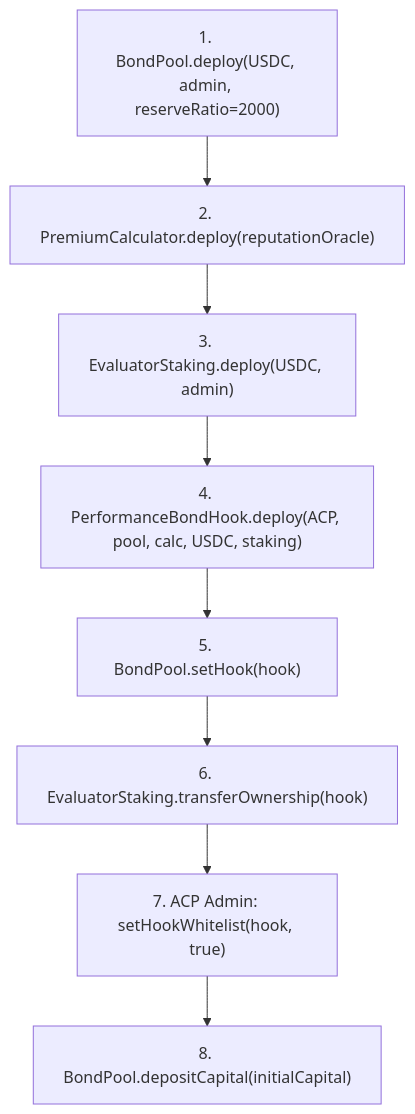
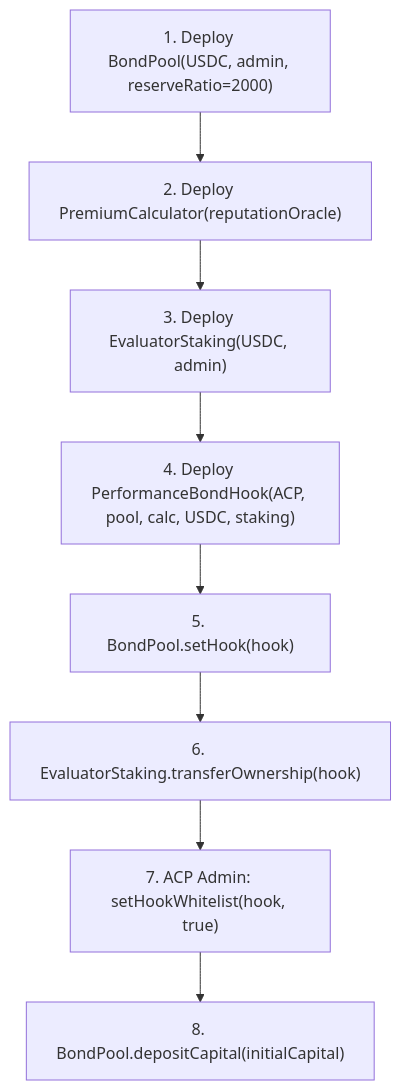
One commit to oxyuns/agent-insurance changed the fifth of 5 diagrams in README.md. Above: the diagram before and after it, drawn with Mermaid. The commit also changed other lines of this file, not shown here.

````diff
--- a/README.md
+++ b/README.md
@@ -205,13 +195,13 @@
 ```mermaid
 flowchart TD
-    A["1. BondPool.deploy(USDC, admin, reserveRatio=2000)"]
-    B["2. PremiumCalculator.deploy(reputationOracle)"]
-    C["3. EvaluatorStaking.deploy(USDC, admin)"]
-    D["4. PerformanceBondHook.deploy(ACP, pool, calc, USDC, staking)"]
+    A["1. Deploy BondPool(USDC, admin, reserveRatio=2000)"]
+    B["2. Deploy PremiumCalculator(reputationOracle)"]
+    C["3. Deploy EvaluatorStaking(USDC, admin)"]
+    D["4. Deploy PerformanceBondHook(ACP, pool, calc, USDC, staking)"]
     E["5. BondPool.setHook(hook)"]
     F["6. EvaluatorStaking.transferOwnership(hook)"]
     G["7. ACP Admin: setHookWhitelist(hook, true)"]
     H["8. BondPool.depositCapital(initialCapital)"]
 
     A --> B --> C --> D --> E --> F --> G --> H
 ```
````
